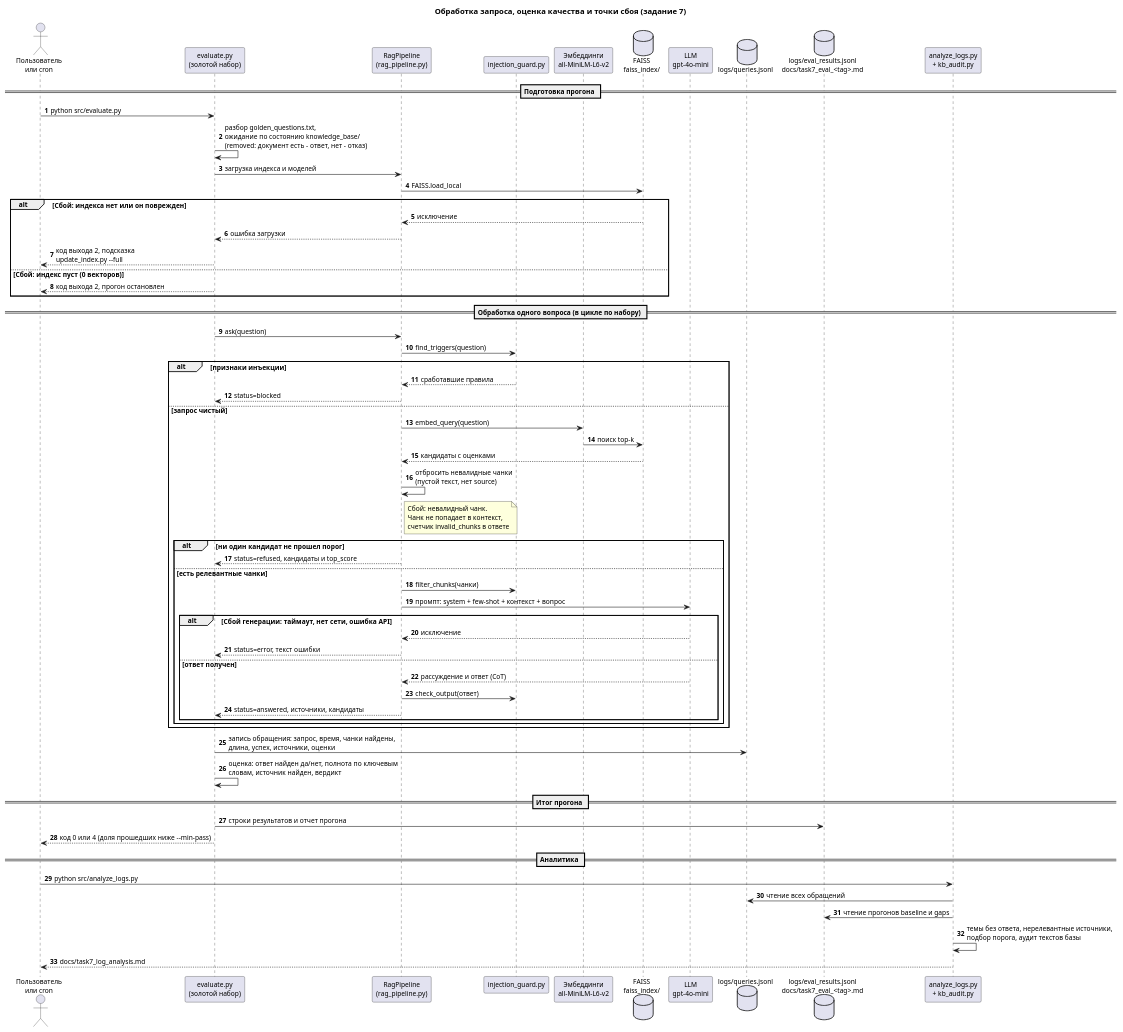
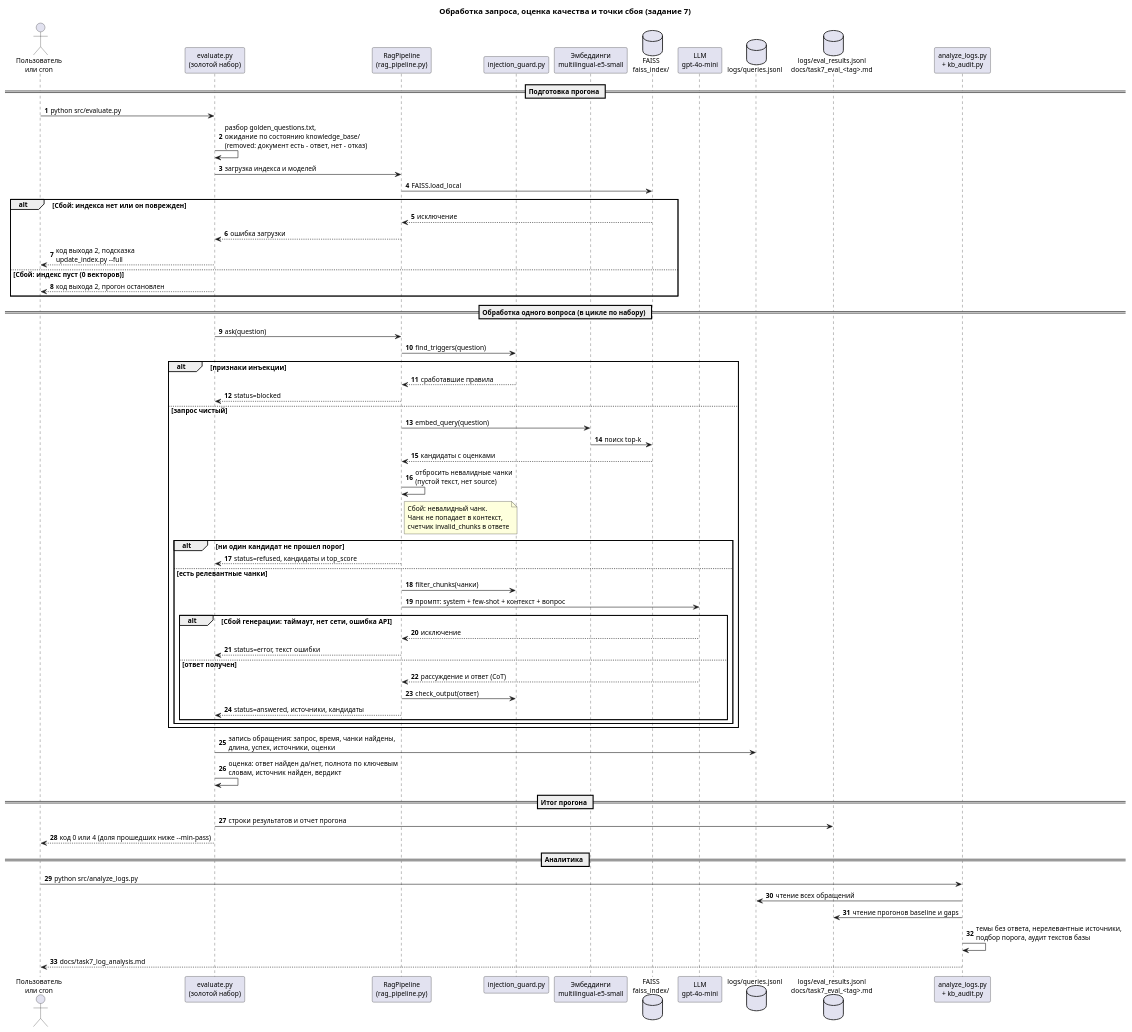
One commit to alexruek/architecture-pro-quantumforge changed the diagram in docs/diagrams/task7_eval_sequence.puml. Above: the diagram before and after it, drawn with PlantUML. The commit also changed 18 other files, not shown here.

```diff
--- a/docs/diagrams/task7_eval_sequence.puml
+++ b/docs/diagrams/task7_eval_sequence.puml
@@ -1,77 +1,77 @@
 @startuml task7_eval_sequence
 title Обработка запроса, оценка качества и точки сбоя (задание 7)
 
 skinparam shadowing false
 skinparam defaultFontSize 12
 skinparam sequenceMessageAlign left
 autonumber
 
 actor "Пользователь\nили cron" as U
 participant "evaluate.py\n(золотой набор)" as E
 participant "RagPipeline\n(rag_pipeline.py)" as P
 participant "injection_guard.py" as G
-participant "Эмбеддинги\nall-MiniLM-L6-v2" as M
+participant "Эмбеддинги\nmultilingual-e5-small" as M
 database "FAISS\nfaiss_index/" as F
 participant "LLM\ngpt-4o-mini" as L
 database "logs/queries.jsonl" as Q
 database "logs/eval_results.jsonl\ndocs/task7_eval_<tag>.md" as R
 participant "analyze_logs.py\n+ kb_audit.py" as A
 
 == Подготовка прогона ==
 U -> E : python src/evaluate.py
 E -> E : разбор golden_questions.txt,\nожидание по состоянию knowledge_base/\n(removed: документ есть - ответ, нет - отказ)
 E -> P : загрузка индекса и моделей
 P -> F : FAISS.load_local
 alt Сбой: индекса нет или он поврежден
   F --> P : исключение
   P --> E : ошибка загрузки
   E --> U : код выхода 2, подсказка\nupdate_index.py --full
 else Сбой: индекс пуст (0 векторов)
   E --> U : код выхода 2, прогон остановлен
 end
 
 == Обработка одного вопроса (в цикле по набору) ==
 E -> P : ask(question)
 P -> G : find_triggers(question)
 alt признаки инъекции
   G --> P : сработавшие правила
   P --> E : status=blocked
 else запрос чистый
   P -> M : embed_query(question)
   M -> F : поиск top-k
   F --> P : кандидаты с оценками
   P -> P : отбросить невалидные чанки\n(пустой текст, нет source)
   note right of P
     Сбой: невалидный чанк.
     Чанк не попадает в контекст,
     счетчик invalid_chunks в ответе
   end note
   alt ни один кандидат не прошел порог
     P --> E : status=refused, кандидаты и top_score
   else есть релевантные чанки
     P -> G : filter_chunks(чанки)
     P -> L : промпт: system + few-shot + контекст + вопрос
     alt Сбой генерации: таймаут, нет сети, ошибка API
       L --> P : исключение
       P --> E : status=error, текст ошибки
     else ответ получен
       L --> P : рассуждение и ответ (CoT)
       P -> G : check_output(ответ)
       P --> E : status=answered, источники, кандидаты
     end
   end
 end
 E -> Q : запись обращения: запрос, время, чанки найдены,\nдлина, успех, источники, оценки
 E -> E : оценка: ответ найден да/нет, полнота по ключевым\nсловам, источник найден, вердикт
 
 == Итог прогона ==
 E -> R : строки результатов и отчет прогона
 E --> U : код 0 или 4 (доля прошедших ниже --min-pass)
 
 == Аналитика ==
 U -> A : python src/analyze_logs.py
 A -> Q : чтение всех обращений
 A -> R : чтение прогонов baseline и gaps
 A -> A : темы без ответа, нерелевантные источники,\nподбор порога, аудит текстов базы
 A --> U : docs/task7_log_analysis.md
 @enduml
```
